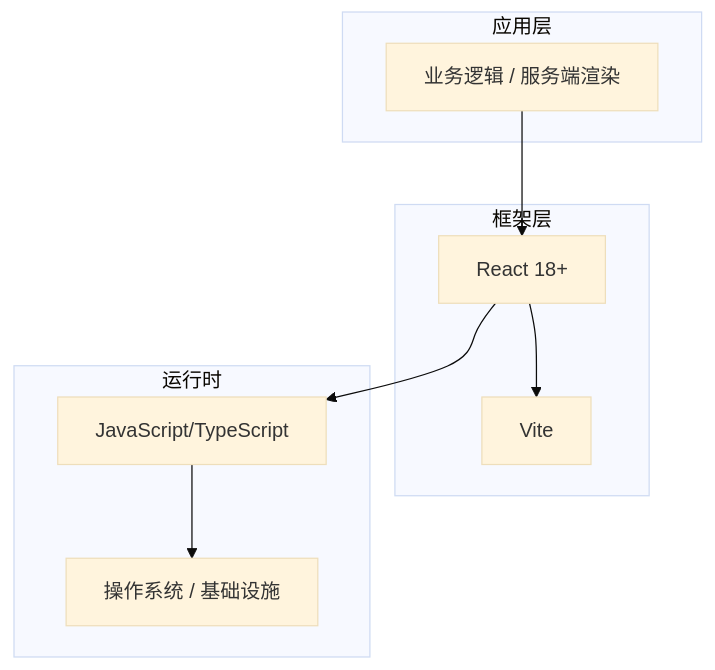
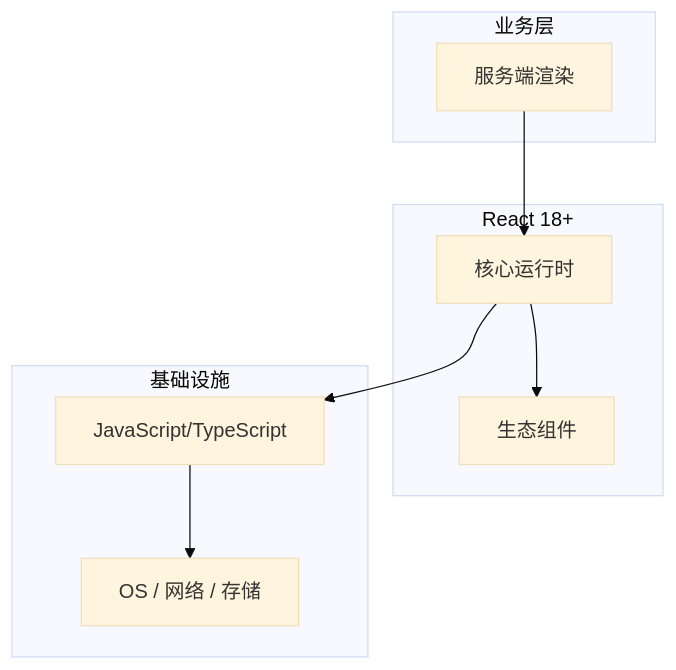
One commit to yanggan2015/knowledge-json-v2 changed the diagram in articles/React/chapters/168-服务端渲染核心概念与原理.md. Above: the diagram before and after it, drawn with Mermaid (base theme). The commit also changed other lines of this file and 10127 other files, not shown here.

````diff
--- a/articles/React/chapters/168-服务端渲染核心概念与原理.md
+++ b/articles/React/chapters/168-服务端渲染核心概念与原理.md
@@ -45,18 +34,18 @@
 ```mermaid
 graph TB
-    subgraph 应用层
-        A[业务逻辑 / 服务端渲染]
+    subgraph 业务层
+        A[服务端渲染]
     end
-    subgraph 框架层
-        B[React 18+]
-        C[Vite]
+    subgraph React 18+
+        B[核心运行时]
+        C[生态组件]
     end
-    subgraph 运行时
+    subgraph 基础设施
         D[JavaScript/TypeScript]
-        E[操作系统 / 基础设施]
+        E[OS / 网络 / 存储]
     end
     A --> B
     B --> C
     B --> D
     D --> E
 ```
````
